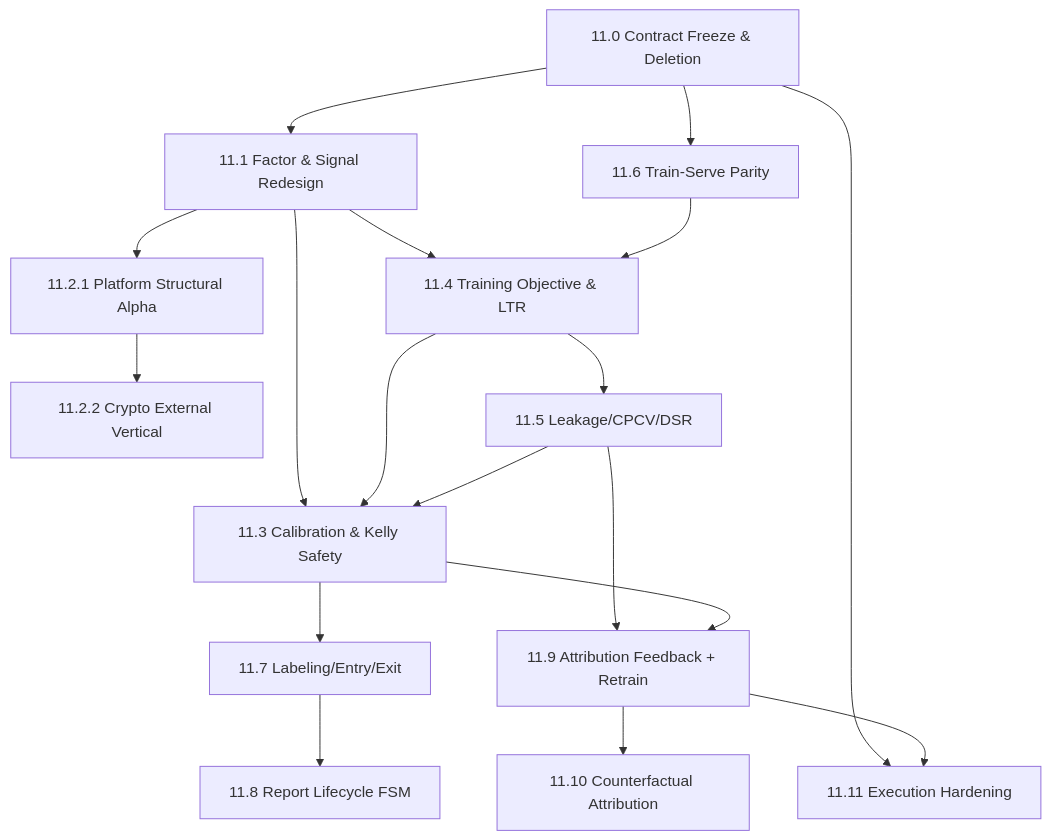
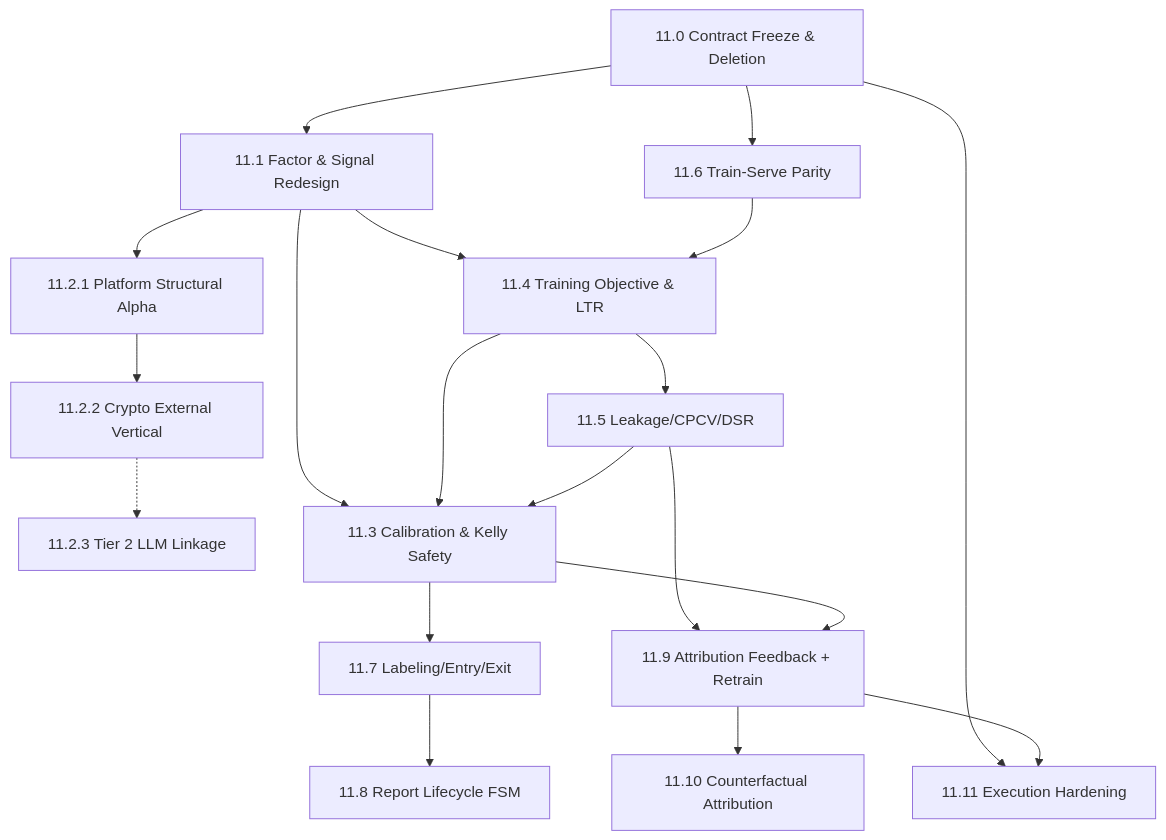
One commit to solomon-ssy/oxide-arb changed the diagram in docs/plans/quant-pivot/phase-11/README.md. Above: the diagram before and after it, drawn with Mermaid. The commit also changed other lines of this file and 176 other files, not shown here.

Commit message:
feat(api,core,research,models,repository,storage,web,docs): 🪙 Phase 11.2.2 — crypto domain ingest, tier0/1 market linkage, and Binance PIT pipeline

````diff
--- a/docs/plans/quant-pivot/phase-11/README.md
+++ b/docs/plans/quant-pivot/phase-11/README.md
@@ -84,34 +87,36 @@
 ```mermaid
 flowchart TD
     P110["11.0 Contract Freeze & Deletion"]
     P111["11.1 Factor & Signal Redesign"]
     P1121["11.2.1 Platform Structural Alpha"]
     P1122["11.2.2 Crypto External Vertical"]
+    P1123["11.2.3 Tier 2 LLM Linkage"]
     P113["11.3 Calibration & Kelly Safety"]
     P114["11.4 Training Objective & LTR"]
     P115["11.5 Leakage/CPCV/DSR"]
     P116["11.6 Train-Serve Parity"]
     P117["11.7 Labeling/Entry/Exit"]
     P118["11.8 Report Lifecycle FSM"]
     P119["11.9 Attribution Feedback + Retrain"]
     P1110["11.10 Counterfactual Attribution"]
     P1111["11.11 Execution Hardening"]
 
     P110 --> P111
     P110 --> P116
     P111 --> P1121
     P1121 --> P1122
+    P1122 -.-> P1123
     P111 --> P114
     P116 --> P114
     P114 --> P115
     P111 --> P113
     P114 --> P113
     P115 --> P113
     P113 --> P117
     P117 --> P118
     P115 --> P119
     P113 --> P119
     P119 --> P1110
     P110 --> P1111
     P119 --> P1111
 ```
````
